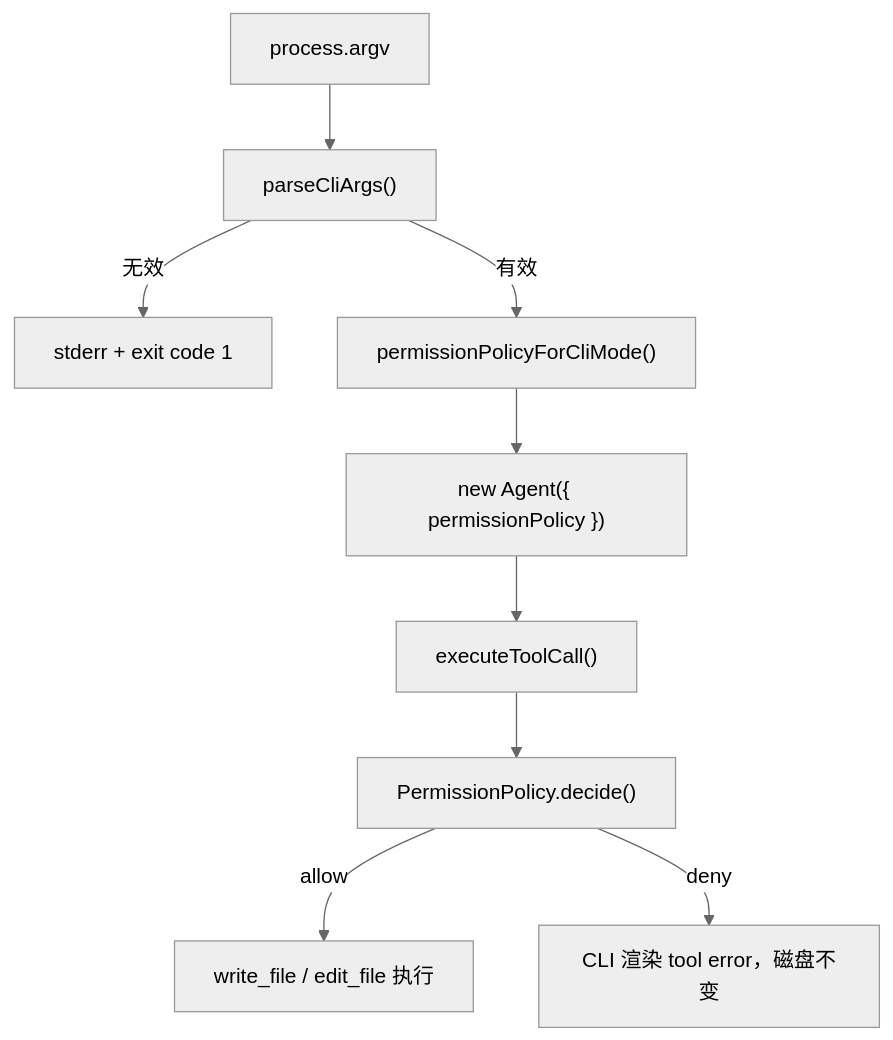
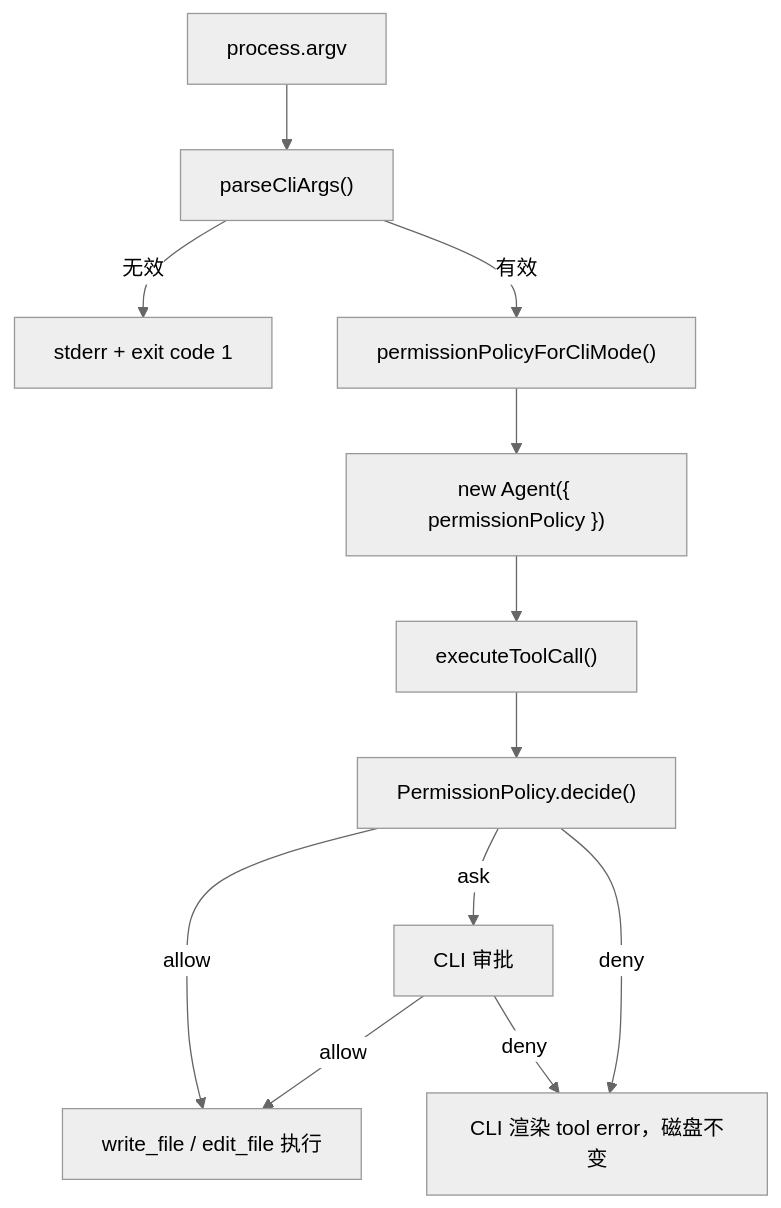
Before and after one commit to fish-tian/mini-ccode: the diagram in docs/09-cli-permission-mode.md, drawn with Mermaid (neutral theme). The commit also changed other lines of this file and 18 other files, not shown here.

````diff
--- a/docs/09-cli-permission-mode.md
+++ b/docs/09-cli-permission-mode.md
@@ -61,11 +74,14 @@
 ```mermaid
 flowchart TD
   A["process.argv"] --> B["parseCliArgs()"]
   B -->|无效| C["stderr + exit code 1"]
   B -->|有效| D["permissionPolicyForCliMode()"]
   D --> E["new Agent({ permissionPolicy })"]
   E --> F["executeToolCall()"]
   F --> G["PermissionPolicy.decide()"]
   G -->|allow| H["write_file / edit_file 执行"]
-  G -->|deny| I["CLI 渲染 tool error，磁盘不变"]
+  G -->|ask| J["CLI 审批"]
+  J -->|allow| H
+  J -->|deny| I["CLI 渲染 tool error，磁盘不变"]
+  G -->|deny| I
 ```
````
